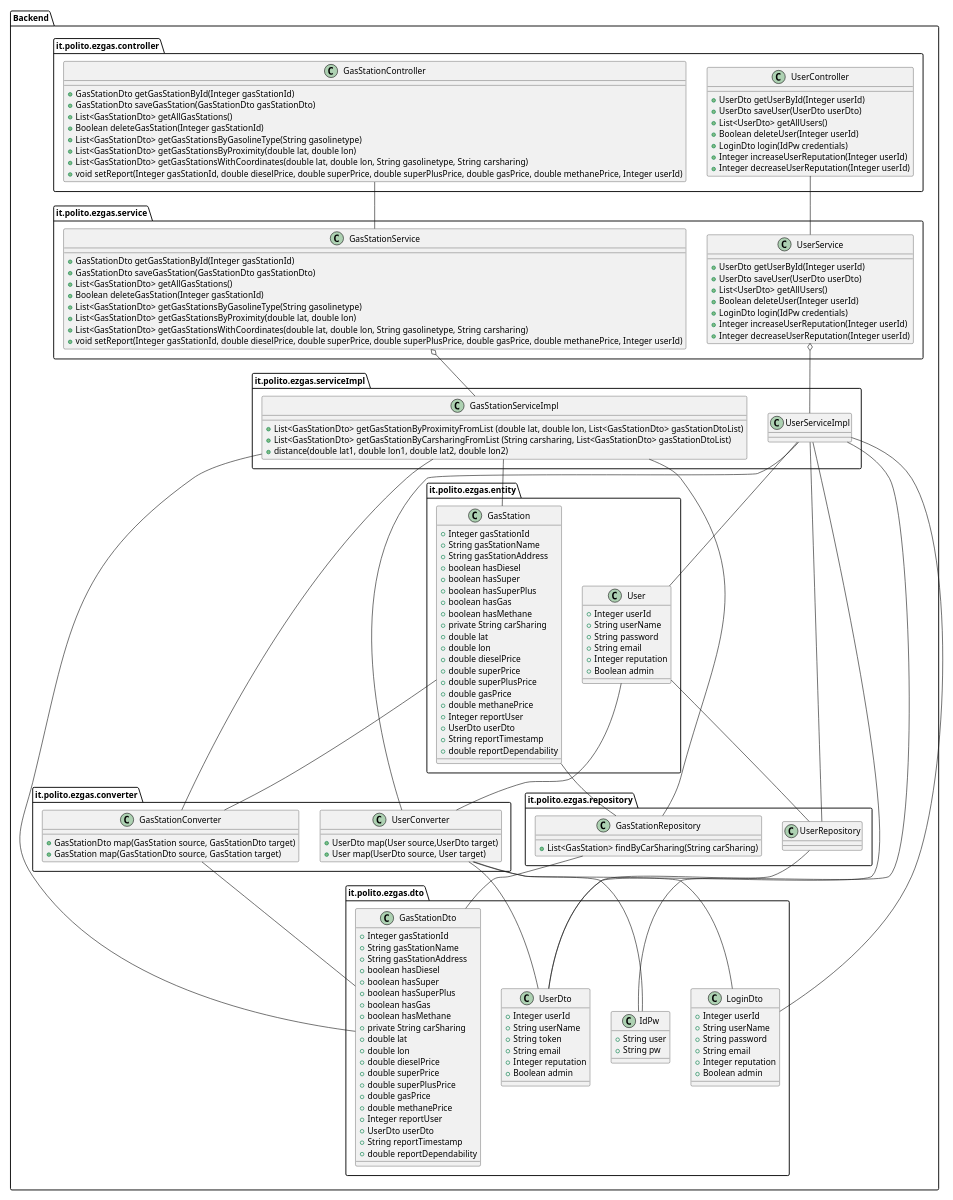
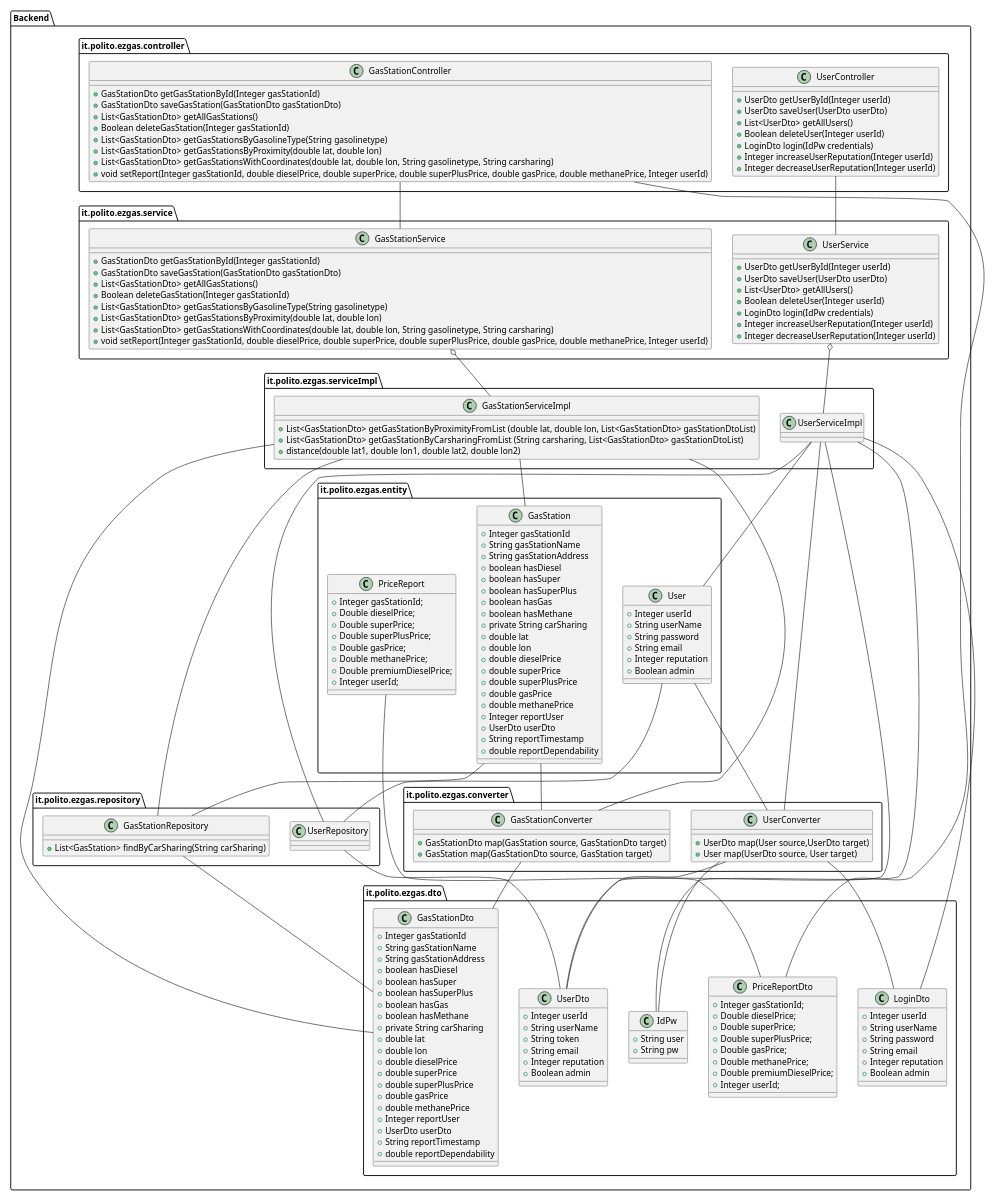
Before and after one commit to aureliocirella/se1-ezgas: the fourth of 6 diagrams in docs/DesignDocument.md, drawn with PlantUML. The commit also changed other lines of this file and 3 other files, not shown here.

Commit message:
doc: DesignDocument updated to support PriceReport class

````diff
--- a/docs/DesignDocument.md
+++ b/docs/DesignDocument.md
@@ -363,6 +368,20 @@
     +String reportTimestamp
     +double reportDependability
     }
+    
+     class PriceReportDto{
+    +Integer gasStationId;
+    +Double dieselPrice;
+    +Double superPrice;
+    +Double superPlusPrice;
+    +Double gasPrice;
+    +Double methanePrice;
+    +Double premiumDieselPrice;
+    +Integer userId;
+         
+        
+    }
+
 }
 
 package "it.polito.ezgas.entity" as pkgent {
@@ -403,6 +422,18 @@
     +String reportTimestamp
     +double reportDependability
 }
+class PriceReport{
+    +Integer gasStationId;
+    +Double dieselPrice;
+    +Double superPrice;
+    +Double superPlusPrice;
+    +Double gasPrice;
+    +Double methanePrice;
+    +Double premiumDieselPrice;
+    +Integer userId;
+         
+        
+    }
 }
 
 package "it.polito.ezgas.repository" as pkgrep {
@@ -449,5 +480,8 @@
 GasStationConverter -- GasStationDto 
 GasStation -- GasStationRepository
 GasStationRepository -- GasStationDto
+
+GasStationController -- PriceReportDto
+PriceReportDto -- PriceReport
 @enduml
 ```
````
